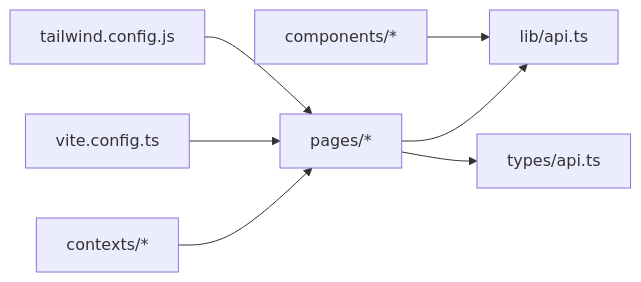
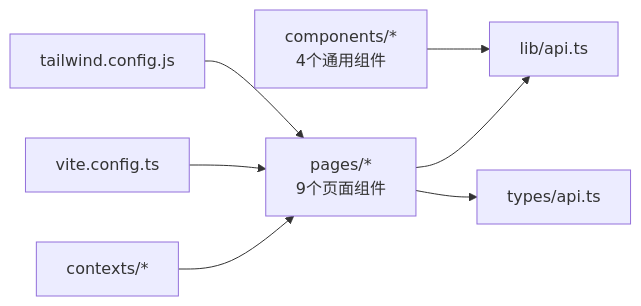
The eighth of 8 diagrams in .qoder/repowiki/zh/content/Web前端应用/Web前端应用.md (kudig-io/klaw), drawn with Mermaid before and after one commit. The commit also changed other lines of this file and 245 other files, not shown here.

````diff
--- a/.qoder/repowiki/zh/content/Web前端应用/Web前端应用.md
+++ b/.qoder/repowiki/zh/content/Web前端应用/Web前端应用.md
@@ -377,9 +395,9 @@
 ```mermaid
 graph LR
-Pages["pages/*"] --> API["lib/api.ts"]
+Pages["pages/*<br/>9个页面组件"] --> API["lib/api.ts"]
 Pages --> Types["types/api.ts"]
-Components["components/*"] --> API
+Components["components/*<br/>4个通用组件"] --> API
 Contexts["contexts/*"] --> Pages
 Build["vite.config.ts"] --> Pages
 Style["tailwind.config.js"] --> Pages
 ```
````
